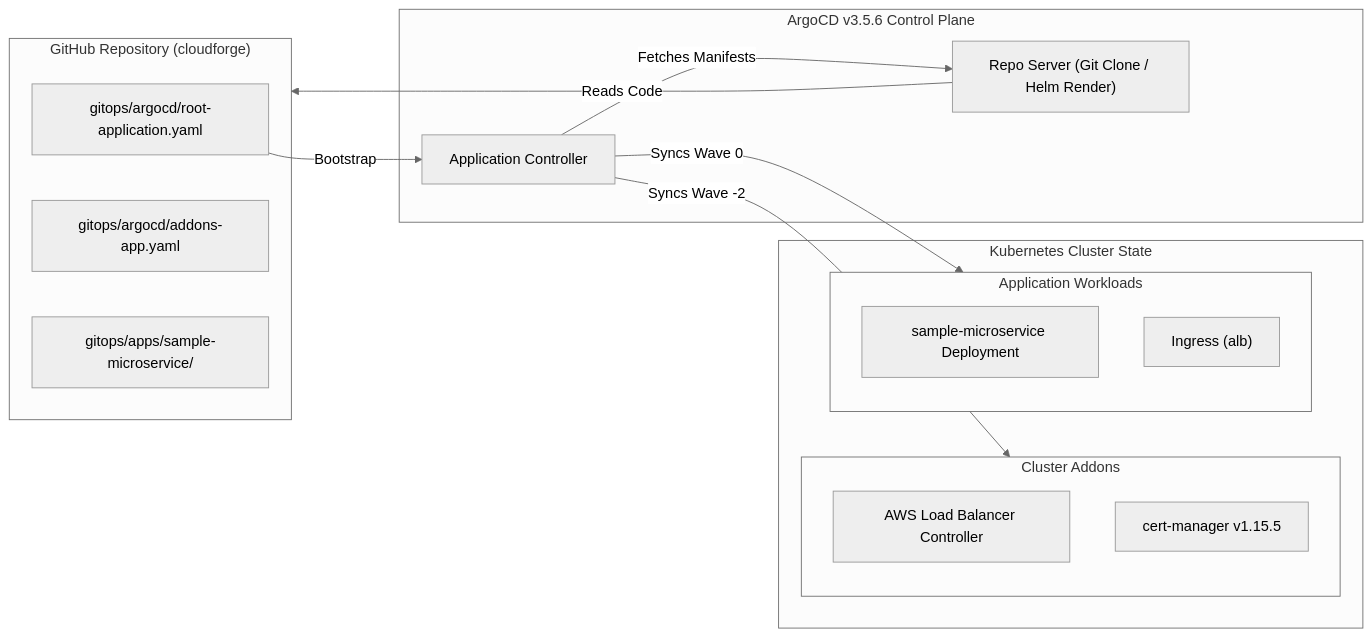
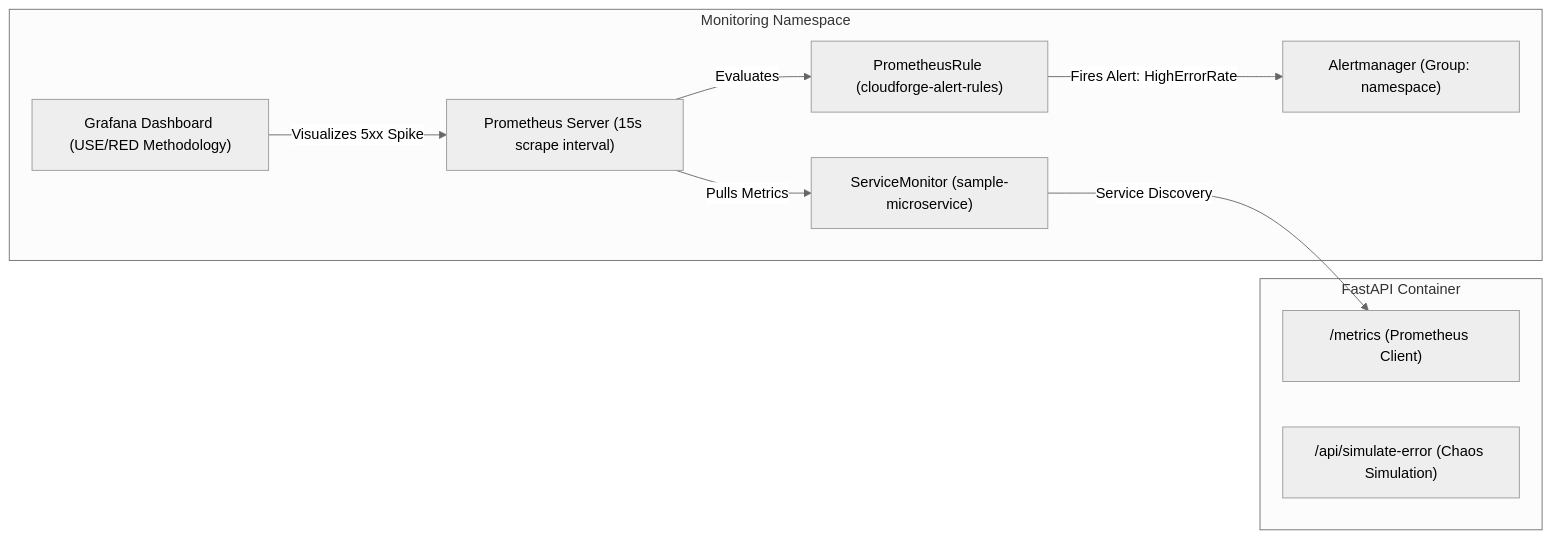
Before and after one commit to ARPITDIXIT789/cloudforge: the third of 3 diagrams in PROJECT_DOCUMENTARY.md, drawn with Mermaid (neutral theme). The commit also changed other lines of this file, not shown here.

````diff
--- a/PROJECT_DOCUMENTARY.md
+++ b/PROJECT_DOCUMENTARY.md
@@ -89,30 +135,21 @@
 ```mermaid
 flowchart LR
-    subgraph VCS ["GitHub Repository (cloudforge)"]
-        RootManifest["gitops/argocd/root-application.yaml"]
-        AddonsManifest["gitops/argocd/addons-app.yaml"]
-        AppManifest["gitops/apps/sample-microservice/"]
+    subgraph Microservice ["FastAPI Container"]
+        Endpoint["/metrics (Prometheus Client)"]
+        Chaos["/api/simulate-error (Chaos Simulation)"]
     end
 
-    subgraph ArgoCD_Engine ["ArgoCD v3.5.6 Control Plane"]
-        AppController["Application Controller"]
-        RepoServer["Repo Server (Git Clone / Helm Render)"]
+    subgraph Monitoring ["Monitoring Namespace"]
+        SM["ServiceMonitor (sample-microservice)"]
+        Prom["Prometheus Server (15s scrape interval)"]
+        Rules["PrometheusRule (cloudforge-alert-rules)"]
+        AM["Alertmanager (Group: namespace)"]
+        Graf["Grafana Dashboard (USE/RED Methodology)"]
     end
 
-    subgraph Cluster_Resources ["Kubernetes Cluster State"]
-        subgraph Addons ["Cluster Addons"]
-            AWS_LB_Ctrl["AWS Load Balancer Controller"]
-            Cert_Manager["cert-manager v1.15.5"]
-        end
-        subgraph Workloads ["Application Workloads"]
-            SampleMicroservice["sample-microservice Deployment"]
-            IngressResource["Ingress (alb)"]
-        end
-    end
-
-    RootManifest -->|Bootstrap| AppController
-    AppController -->|Fetches Manifests| RepoServer
-    RepoServer -->|Reads Code| VCS
-    AppController -->|Syncs Wave -2| Addons
-    AppController -->|Syncs Wave 0| Workloads
+    SM -->|Service Discovery| Endpoint
+    Prom -->|Pulls Metrics| SM
+    Prom -->|Evaluates| Rules
+    Rules -->|Fires Alert: HighErrorRate| AM
+    Graf -->|Visualizes 5xx Spike| Prom
 ```
````
